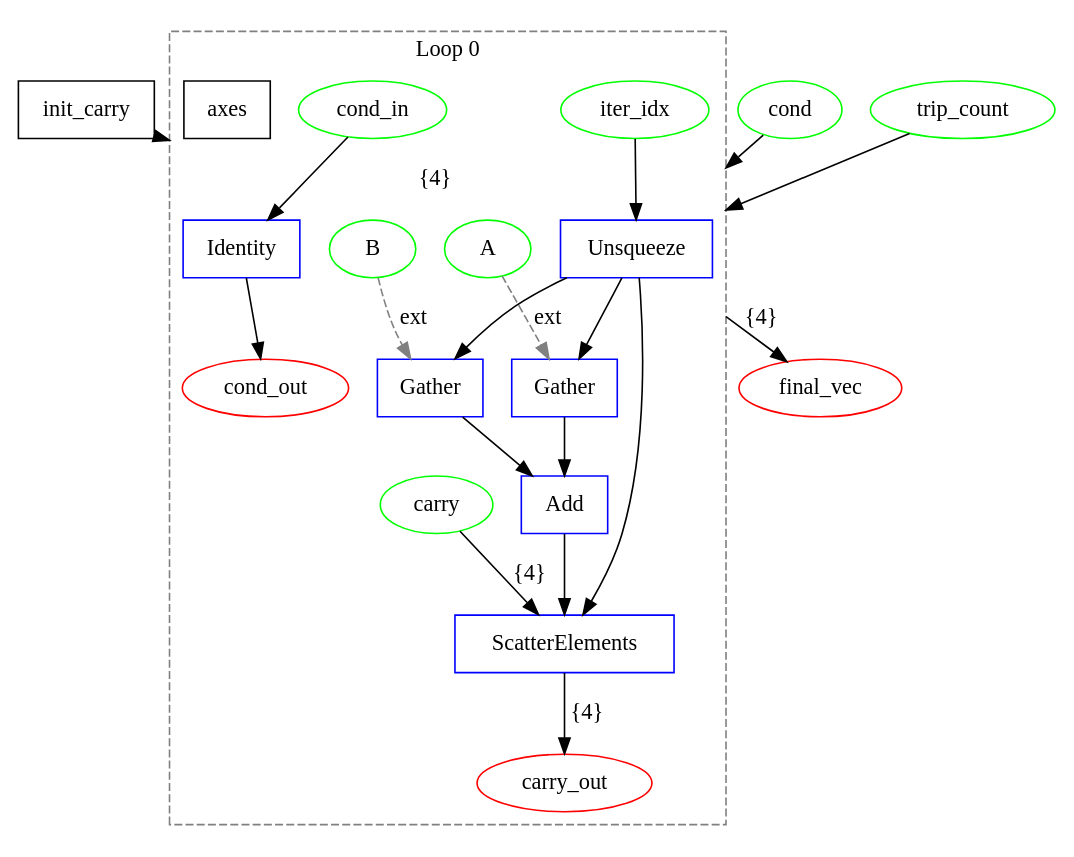
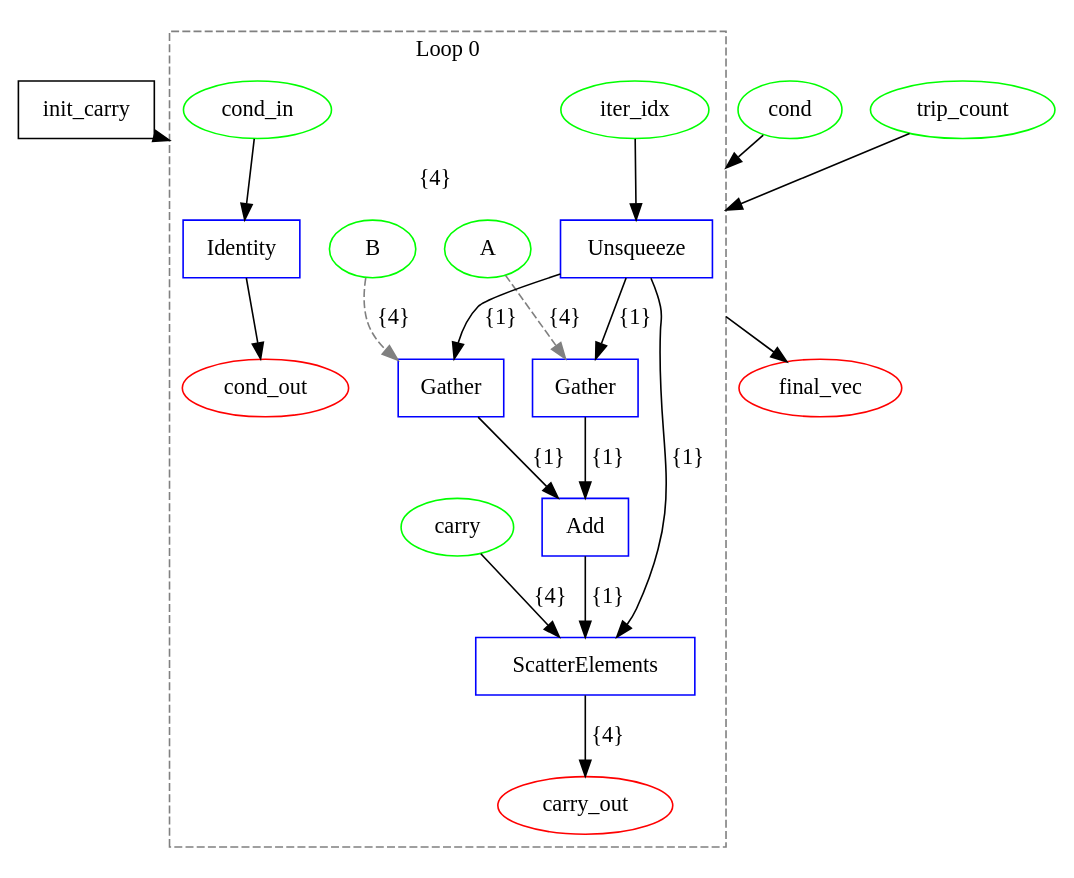
The diagram in examples/onnx/vector_add_decomposed.dot (specs-feup/onnx-flow), drawn with Graphviz before and after one commit. The commit also changed 27 other files, not shown here.

```diff
--- a/examples/onnx/vector_add_decomposed.dot
+++ b/examples/onnx/vector_add_decomposed.dot
@@ -1,45 +1,44 @@
 digraph {
   graph [compound=true];
   init_carry [label=init_carry shape=box];
   trip_count [label=trip_count shape=ellipse color="#00FF00"];
   cond [label=cond shape=ellipse color="#00FF00"];
   A [label=A shape=ellipse color="#00FF00"];
   B [label=B shape=ellipse color="#00FF00"];
   final_vec [label=final_vec shape=ellipse color="#FF0000"];
   subgraph cluster_loop_0 {
     graph [rankdir=LR compound=true];
     loop0_iter_idx [label=iter_idx shape=ellipse color="#00FF00"];
     loop0_cond_in [label=cond_in shape=ellipse color="#00FF00"];
     loop0_carry [label=carry shape=ellipse color="#00FF00"];
     loop0_cond_out [label=cond_out shape=ellipse color="#FF0000"];
     loop0_carry_out [label=carry_out shape=ellipse color="#FF0000"];
-    loop0_axes [label=axes shape=box];
     loop0_0 [label=Unsqueeze shape=box color="#0000FF"];
-    loop0_0 -> loop0_1 [label=""];
-    loop0_0 -> loop0_2 [label=""];
-    loop0_0 -> loop0_4 [label=""];
+    loop0_0 -> loop0_1 [label="{1}"];
+    loop0_0 -> loop0_2 [label="{1}"];
+    loop0_0 -> loop0_4 [label="{1}"];
     loop0_1 [label=Gather shape=box color="#0000FF"];
-    loop0_1 -> loop0_3 [label=""];
+    loop0_1 -> loop0_3 [label="{1}"];
     loop0_2 [label=Gather shape=box color="#0000FF"];
-    loop0_2 -> loop0_3 [label=""];
+    loop0_2 -> loop0_3 [label="{1}"];
     loop0_3 [label=Add shape=box color="#0000FF"];
-    loop0_3 -> loop0_4 [label=""];
+    loop0_3 -> loop0_4 [label="{1}"];
     loop0_4 [label=ScatterElements shape=box color="#0000FF"];
     loop0_5 [label=Identity shape=box color="#0000FF"];
     loop0_iter_idx -> loop0_0 [label=""];
+    loop0_4 -> loop0_carry_out [label="{4}"];
     loop0_carry -> loop0_4 [label="{4}"];
-    loop0_4 -> loop0_carry_out [label="{4}"];
     loop0_cond_in -> loop0_5 [label=""];
     loop0_5 -> loop0_cond_out [label=""];
-    A -> loop0_1 [style=dashed color=gray label=ext];
-    B -> loop0_2 [style=dashed color=gray label=ext];
+    A -> loop0_1 [style=dashed color=gray label="{4}"];
+    B -> loop0_2 [style=dashed color=gray label="{4}"];
     graph [label="Loop 0"];
     graph [style=dashed];
     graph [color=gray];
   }
 
   trip_count -> loop0_0 [label="" lhead=cluster_loop_0];
   cond -> loop0_0 [label="" lhead=cluster_loop_0];
   init_carry -> loop0_0 [label="{4}" lhead=cluster_loop_0];
-  loop0_0 -> final_vec [label="{4}" ltail=cluster_loop_0];
+  loop0_0 -> final_vec [label="" ltail=cluster_loop_0];
 }
```
